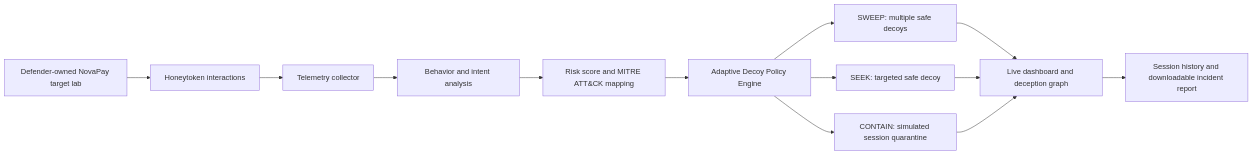
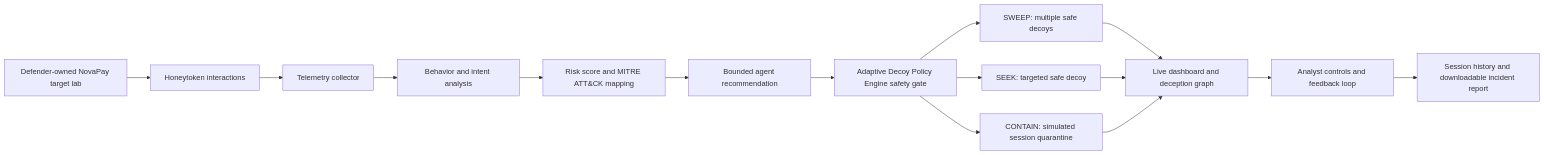
Before and after one commit to Abellash/adaptive-deception-intelligence: the diagram in README.md, drawn with Mermaid. The commit also changed other lines of this file, not shown here.

Commit message:
Document analyst controls and deception feedback

````diff
--- a/README.md
+++ b/README.md
@@ -206,18 +232,20 @@
 ```mermaid
 flowchart LR
     A[Defender-owned NovaPay target lab] --> B[Honeytoken interactions]
     B --> C[Telemetry collector]
     C --> D[Behavior and intent analysis]
     D --> E[Risk score and MITRE ATT&CK mapping]
-    E --> F[Adaptive Decoy Policy Engine]
+    E --> F[Bounded agent recommendation]
+    F --> G[Adaptive Decoy Policy Engine safety gate]
 
-    F --> G[SWEEP: multiple safe decoys]
-    F --> H[SEEK: targeted safe decoy]
-    F --> I[CONTAIN: simulated session quarantine]
+    G --> H[SWEEP: multiple safe decoys]
+    G --> I[SEEK: targeted safe decoy]
+    G --> J[CONTAIN: simulated session quarantine]
 
-    G --> J[Live dashboard and deception graph]
-    H --> J
-    I --> J
+    H --> K[Live dashboard and deception graph]
+    I --> K
+    J --> K
 
-    J --> K[Session history and downloadable incident report]
+    K --> L[Analyst controls and feedback loop]
+    L --> M[Session history and downloadable incident report]
 ```
````
